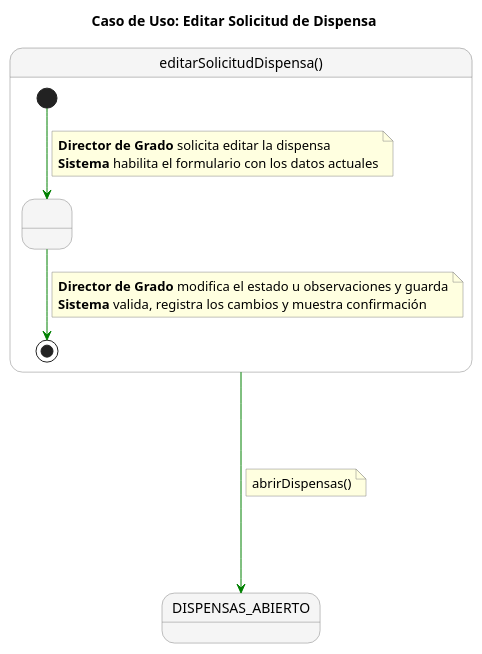
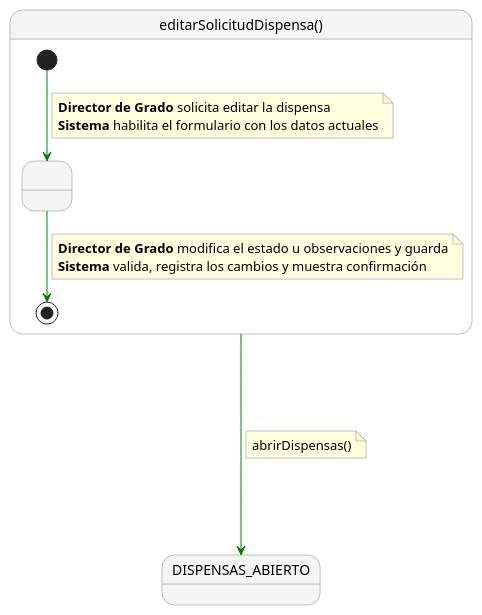
Before and after one commit to enmabry/25-26-IdSw1-SdR: the diagram in documents/CasosDeUso/DetalladoCasosDeUso/DirectorDeGrado/editarSolicitudDispensa.puml, drawn with PlantUML. The commit also changed 3 other files, not shown here.

```diff
--- a/documents/CasosDeUso/DetalladoCasosDeUso/DirectorDeGrado/editarSolicitudDispensa.puml
+++ b/documents/CasosDeUso/DetalladoCasosDeUso/DirectorDeGrado/editarSolicitudDispensa.puml
@@ -1,35 +1,34 @@
 @startuml
-title Caso de Uso: Editar Solicitud de Dispensa
 
 skinparam nodesep 60
 skinparam ranksep 60
 skinparam linetype polyline
 skinparam NoteBackgroundColor lightyellow
 skinparam NoteBorderColor gray
 skinparam StateBackgroundColor #F5F5F5
 skinparam StateBorderColor gray
 
 state "editarSolicitudDispensa()" as editarSolicitud {
 
     state " " as Paso1
 
     [*] -[#green]-> Paso1 
     note on link
       <b>Director de Grado</b> solicita editar la dispensa
       <b>Sistema</b> habilita el formulario con los datos actuales
     end note    
     
     Paso1 -[#green]-> [*]
     note on link
       <b>Director de Grado</b> modifica el estado u observaciones y guarda
       <b>Sistema</b> valida, registra los cambios y muestra confirmación
     end note
 }
 
 state "DISPENSAS_ABIERTO" as DISPENSAS_ABIERTO
 
 editarSolicitud -[#green]---> DISPENSAS_ABIERTO
 note right on link
   abrirDispensas()
 end note
 @enduml
```
